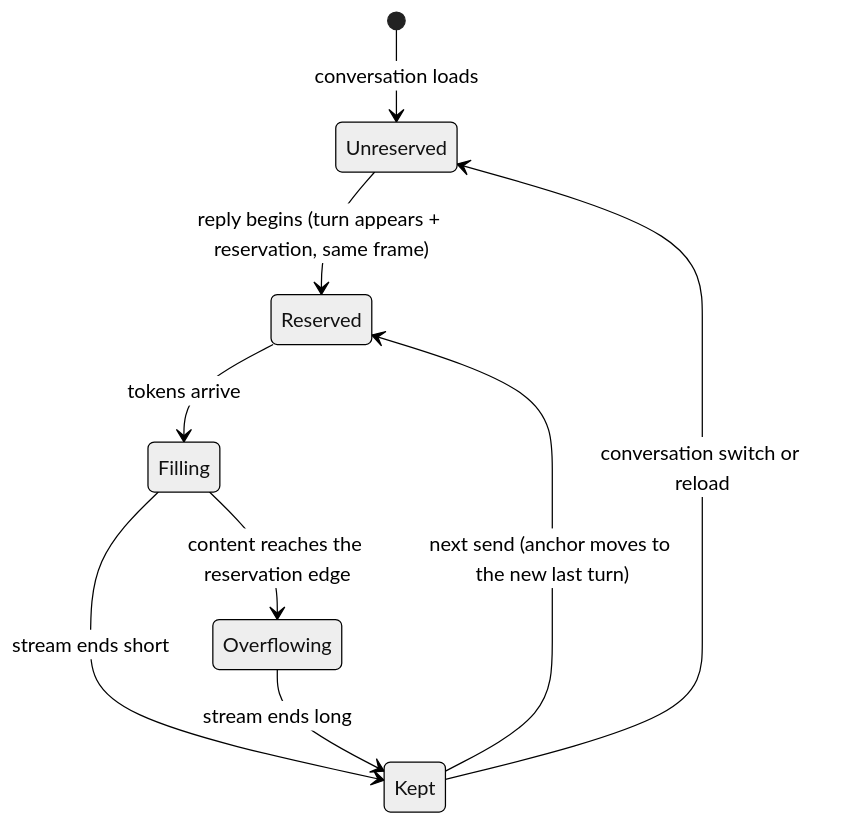
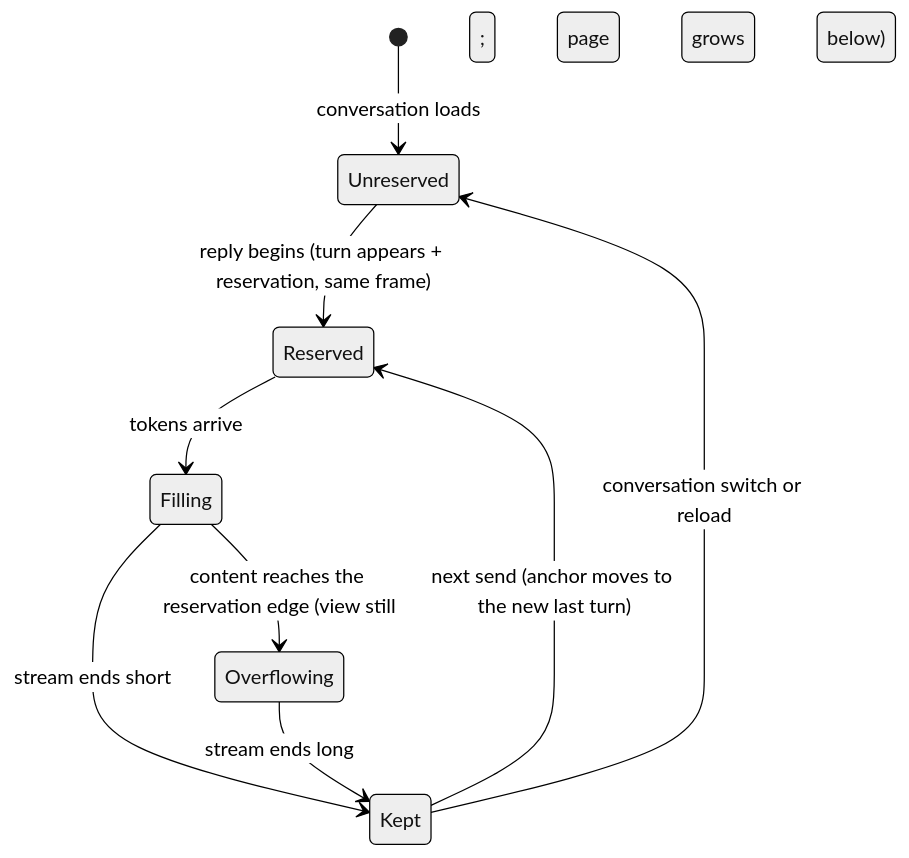
One commit to huggingface/chat-ui changed the diagram in docs/scroll/foundations/turn-reservation.md. Above: the diagram before and after it, drawn with Mermaid (neutral theme). The commit also changed other lines of this file and 12 other files, not shown here.

````diff
--- a/docs/scroll/foundations/turn-reservation.md
+++ b/docs/scroll/foundations/turn-reservation.md
@@ -23,11 +23,11 @@
 ```mermaid
 stateDiagram-v2
     [*] --> Unreserved : conversation loads
     Unreserved --> Reserved : reply begins (turn appears + reservation, same frame)
     Reserved --> Filling : tokens arrive
-    Filling --> Overflowing : content reaches the reservation edge
+    Filling --> Overflowing : content reaches the reservation edge (view still; page grows below)
     Filling --> Kept : stream ends short
     Overflowing --> Kept : stream ends long
     Kept --> Reserved : next send (anchor moves to the new last turn)
     Kept --> Unreserved : conversation switch or reload
 ```
````
